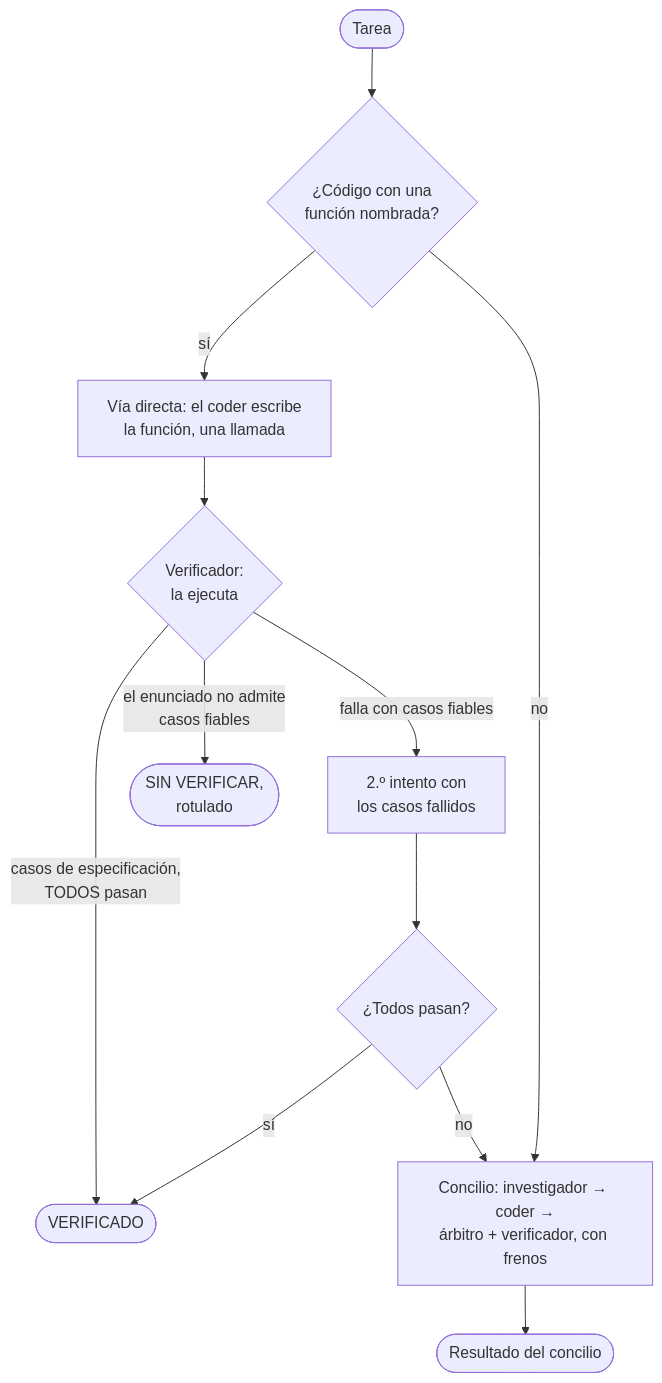
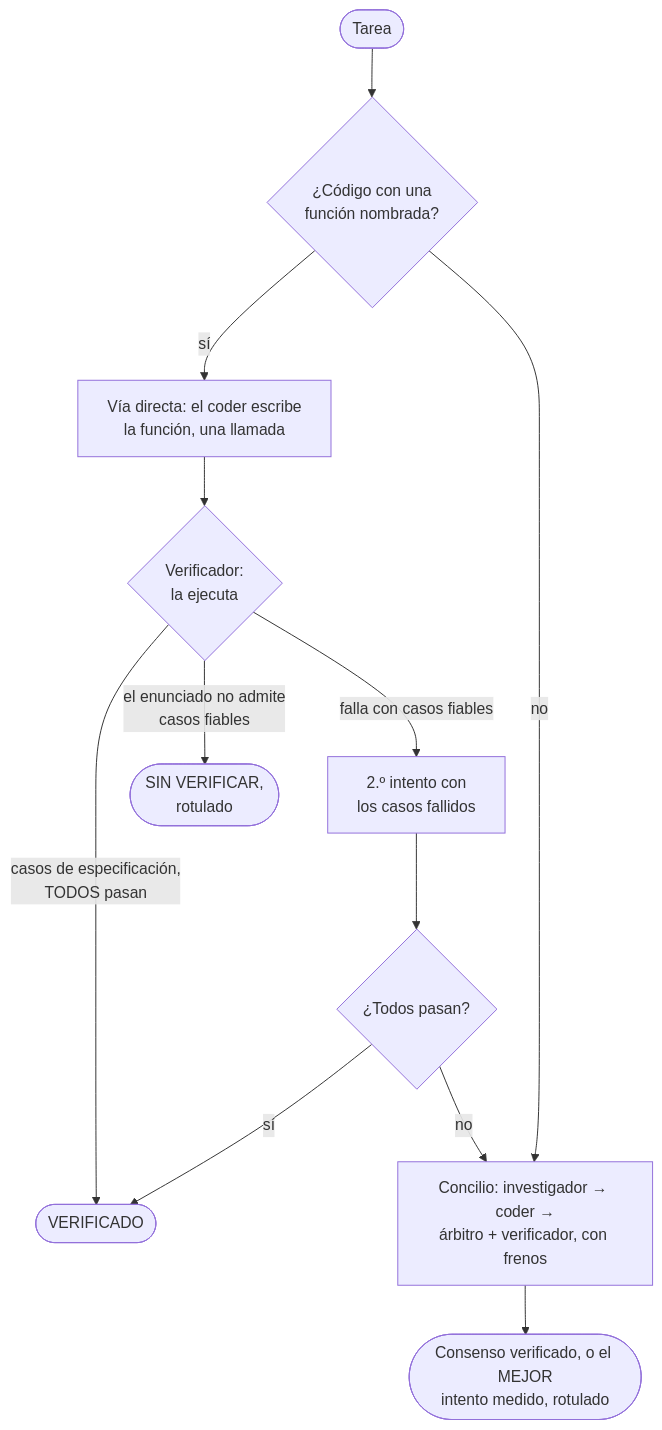
The diagram in README.md (Inzainos/Local), drawn with Mermaid before and after one commit. The commit also changed other lines of this file and 3 other files, not shown here.

````diff
--- a/README.md
+++ b/README.md
@@ -16,14 +16,14 @@
 ```mermaid
 flowchart TD
     U([Tarea]) --> R{¿Código con una<br/>función nombrada?}
     R -- sí --> D[Vía directa: el coder escribe<br/>la función, una llamada]
     D --> V{Verificador:<br/>la ejecuta}
     V -- casos de especificación,<br/>TODOS pasan --> OK([VERIFICADO])
     V -- falla con casos fiables --> D2[2.º intento con<br/>los casos fallidos]
     D2 --> V2{¿Todos pasan?}
     V2 -- sí --> OK
     V2 -- no --> C
     V -- el enunciado no admite<br/>casos fiables --> SV([SIN VERIFICAR,<br/>rotulado])
     R -- no --> C[Concilio: investigador → coder →<br/>árbitro + verificador, con frenos]
-    C --> F([Resultado del concilio])
+    C --> F([Consenso verificado, o el MEJOR<br/>intento medido, rotulado])
 ```
````
